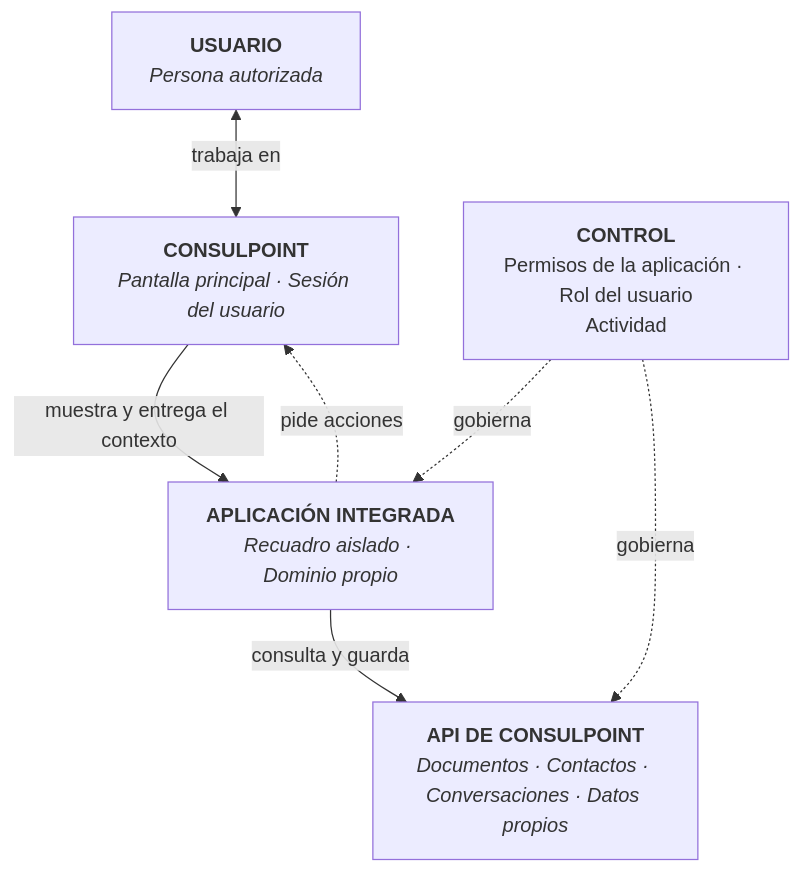
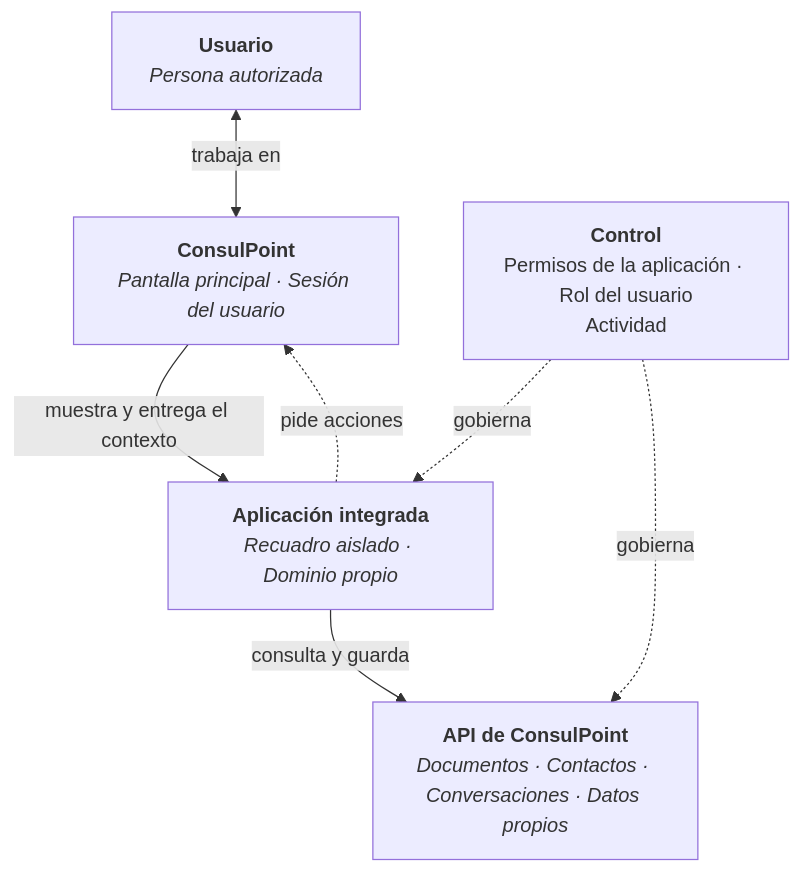
Before and after one commit to akui-solutions/consul-point-docs: the diagram in docs/aplicaciones-integradas/como-funcionan.md, drawn with Mermaid. The commit also changed other lines of this file and 60 other files, not shown here.

````diff
--- a/docs/aplicaciones-integradas/como-funcionan.md
+++ b/docs/aplicaciones-integradas/como-funcionan.md
@@ -21,21 +19,21 @@
 ```mermaid
 flowchart TD
 
-    U["<b>USUARIO</b><br/><i>Persona autorizada</i>"]
+    U["<b>Usuario</b><br/><i>Persona autorizada</i>"]
 
-    P["<b>CONSULPOINT</b><br/><i>Pantalla principal · Sesión del usuario</i>"]
+    P["<b>ConsulPoint</b><br/><i>Pantalla principal · Sesión del usuario</i>"]
 
-    APP["<b>APLICACIÓN INTEGRADA</b><br/><i>Recuadro aislado · Dominio propio</i>"]
+    APP["<b>Aplicación integrada</b><br/><i>Recuadro aislado · Dominio propio</i>"]
 
-    API["<b>API DE CONSULPOINT</b><br/><i>Documentos · Contactos · Conversaciones · Datos propios</i>"]
+    API["<b>API de ConsulPoint</b><br/><i>Documentos · Contactos · Conversaciones · Datos propios</i>"]
 
-    E["<b>CONTROL</b><br/>Permisos de la aplicación · Rol del usuario<br/>Actividad"]
+    E["<b>Control</b><br/>Permisos de la aplicación · Rol del usuario<br/>Actividad"]
 
     U <--> |trabaja en| P
     P --> |muestra y entrega el contexto| APP
     APP --> |consulta y guarda| API
     APP -.-> |pide acciones| P
 
     E -.->|gobierna| APP
     E -.->|gobierna| API
 ```
````
